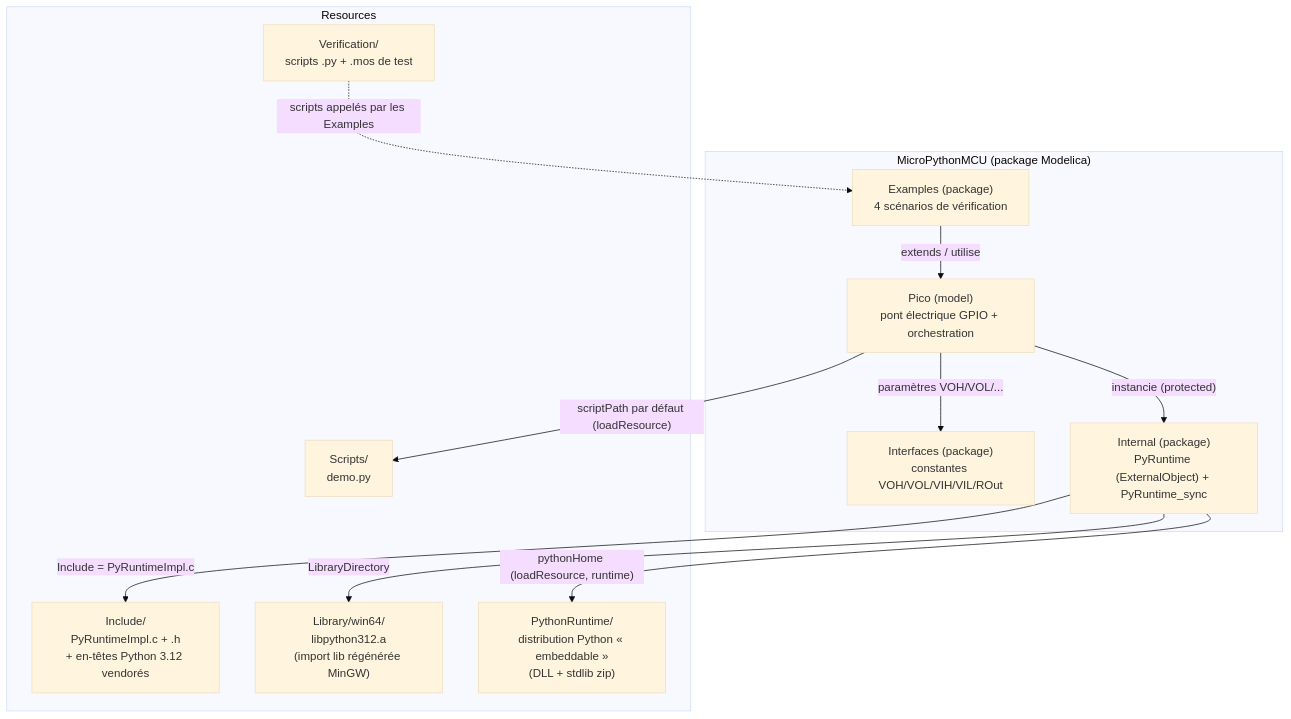
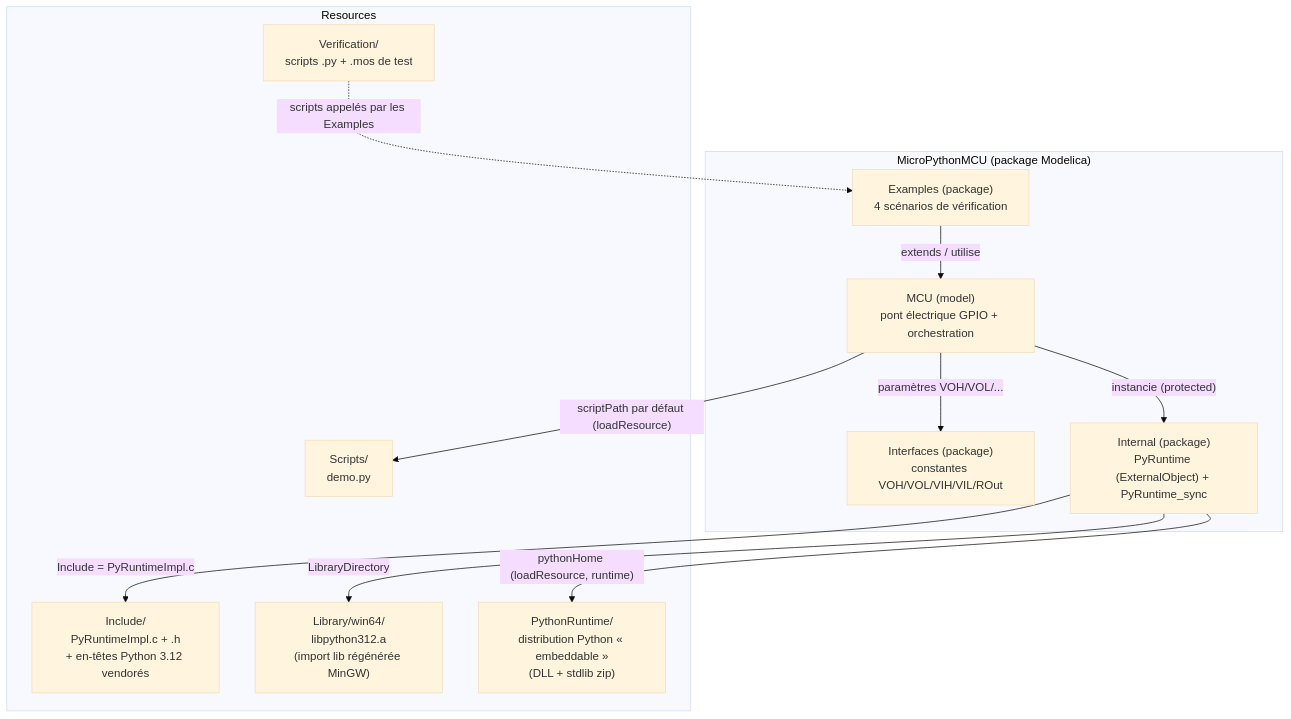
One commit to bdelaup/modelica_micropython changed the diagram in docs/architecture.md. Above: the diagram before and after it, drawn with Mermaid (base theme). The commit also changed other lines of this file and 21 other files, not shown here.

````diff
--- a/docs/architecture.md
+++ b/docs/architecture.md
@@ -9,25 +9,25 @@
 ```mermaid
 graph TD
     subgraph LIB["MicroPythonMCU (package Modelica)"]
-        Pico["Pico (model)<br/>pont électrique GPIO + orchestration"]
+        MCU["MCU (model)<br/>pont électrique GPIO + orchestration"]
         Interfaces["Interfaces (package)<br/>constantes VOH/VOL/VIH/VIL/ROut"]
         Internal["Internal (package)<br/>PyRuntime (ExternalObject) + PyRuntime_sync"]
         Examples["Examples (package)<br/>4 scénarios de vérification"]
     end
     subgraph RES["Resources"]
         Include["Include/<br/>PyRuntimeImpl.c + .h<br/>+ en-têtes Python 3.12 vendorés"]
         Library["Library/win64/<br/>libpython312.a<br/>(import lib régénérée MinGW)"]
         PythonRuntime["PythonRuntime/<br/>distribution Python « embeddable »<br/>(DLL + stdlib zip)"]
         Scripts["Scripts/<br/>demo.py"]
         Verification["Verification/<br/>scripts .py + .mos de test"]
     end
 
-    Pico -- "paramètres VOH/VOL/..." --> Interfaces
-    Pico -- "instancie (protected)" --> Internal
-    Examples -- "extends / utilise" --> Pico
+    MCU -- "paramètres VOH/VOL/..." --> Interfaces
+    MCU -- "instancie (protected)" --> Internal
+    Examples -- "extends / utilise" --> MCU
     Internal -- "Include = PyRuntimeImpl.c" --> Include
     Internal -- "LibraryDirectory" --> Library
     Internal -- "pythonHome (loadResource, runtime)" --> PythonRuntime
-    Pico -- "scriptPath par défaut (loadResource)" --> Scripts
+    MCU -- "scriptPath par défaut (loadResource)" --> Scripts
     Verification -. "scripts appelés par les Examples" .-> Examples
 ```
````
